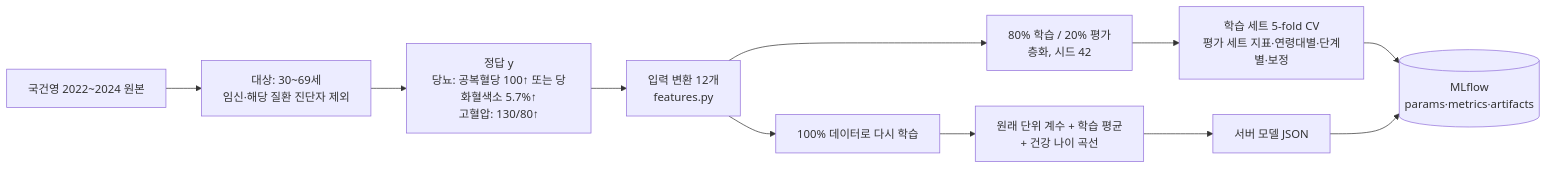
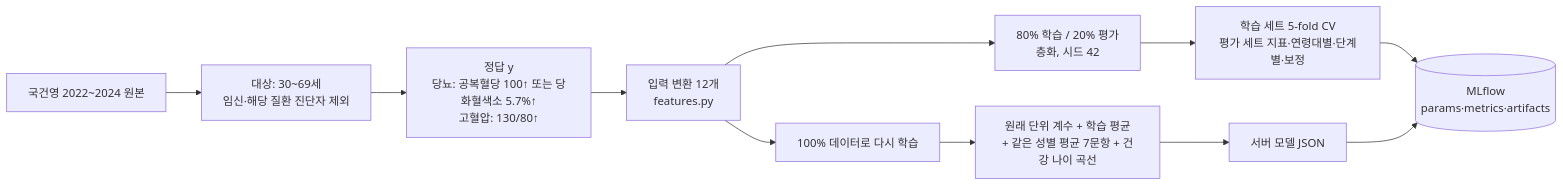
The first of 2 diagrams in ml/README.md (AI-HealthCare-07/pair2care), drawn with Mermaid before and after one commit. The commit also changed other lines of this file and 5 other files, not shown here.

````diff
--- a/ml/README.md
+++ b/ml/README.md
@@ -35,13 +35,13 @@
 ```mermaid
 flowchart LR
     A[국건영 2022~2024 원본] --> B[대상: 30~69세<br/>임신·해당 질환 진단자 제외]
     B --> C[정답 y<br/>당뇨: 공복혈당 100↑ 또는 당화혈색소 5.7%↑<br/>고혈압: 130/80↑]
     C --> D[입력 변환 12개<br/>features.py]
     D --> E[80% 학습 / 20% 평가<br/>층화, 시드 42]
     E --> F[학습 세트 5-fold CV<br/>평가 세트 지표·연령대별·단계별·보정]
     D --> G[100% 데이터로 다시 학습]
-    G --> H[원래 단위 계수 + 학습 평균<br/>+ 건강 나이 곡선]
+    G --> H[원래 단위 계수 + 학습 평균<br/>+ 같은 성별 평균 7문항 + 건강 나이 곡선]
     H --> I[서버 모델 JSON]
     F --> J[(MLflow<br/>params·metrics·artifacts)]
     I --> J
 ```
````
